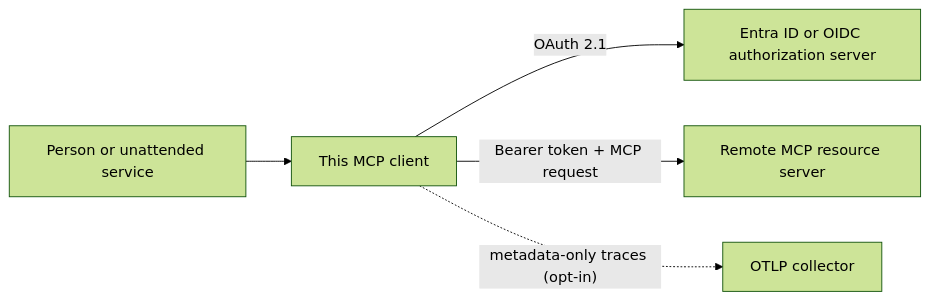
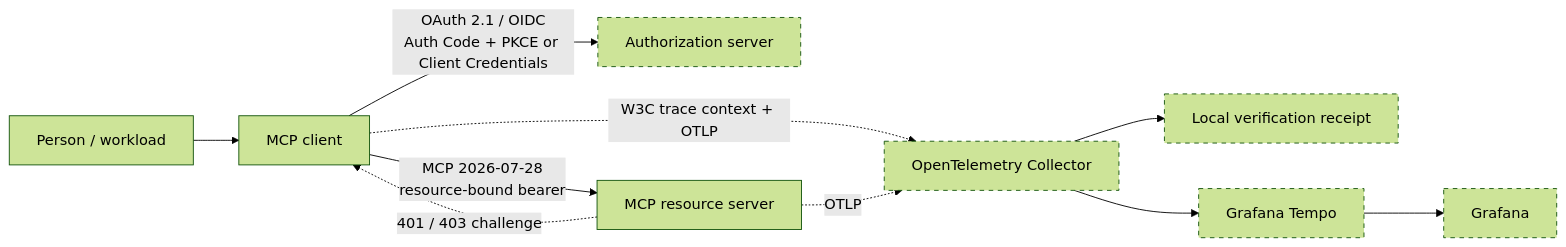
The diagram in README.md (brunovicco/mcp-client-auth-template), drawn with Mermaid (forest theme) before and after one commit. The commit also changed other lines of this file and 41 other files, not shown here.

````diff
--- a/README.md
+++ b/README.md
@@ -55,7 +38,16 @@
 ```mermaid
 flowchart LR
-    Actor["Person or unattended service"] --> Client["This MCP client"]
-    Client -->|"OAuth 2.1"| AS["Entra ID or OIDC authorization server"]
-    Client -->|"Bearer token + MCP request"| Server["Remote MCP resource server"]
-    Client -.->|"metadata-only traces (opt-in)"| OTLP["OTLP collector"]
+    User["Person / workload"] --> Client["MCP client"]
+    Client -->|"OAuth 2.1 / OIDC<br/>Auth Code + PKCE or Client Credentials"| AS["Authorization server"]
+    Client -->|"MCP 2026-07-28<br/>resource-bound bearer"| Server["MCP resource server"]
+    Server -.->|"401 / 403 challenge"| Client
+
+    Client -.->|"W3C trace context + OTLP"| Collector["OpenTelemetry Collector"]
+    Server -.->|"OTLP"| Collector
+    Collector --> Receipt["Local verification receipt"]
+    Collector --> Tempo["Grafana Tempo"]
+    Tempo --> Grafana["Grafana"]
+
+    classDef demo stroke-dasharray: 5 5;
+    class AS,Collector,Receipt,Tempo,Grafana demo;
 ```
````
